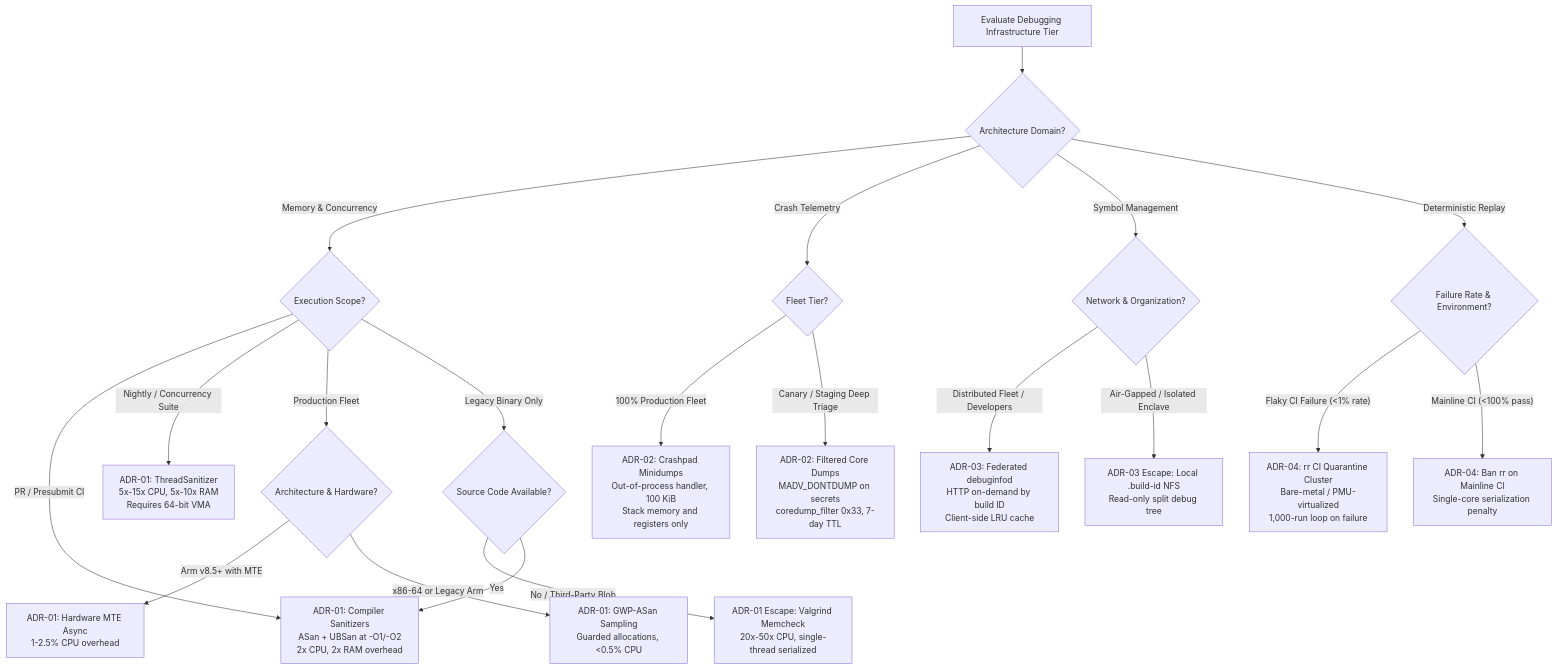
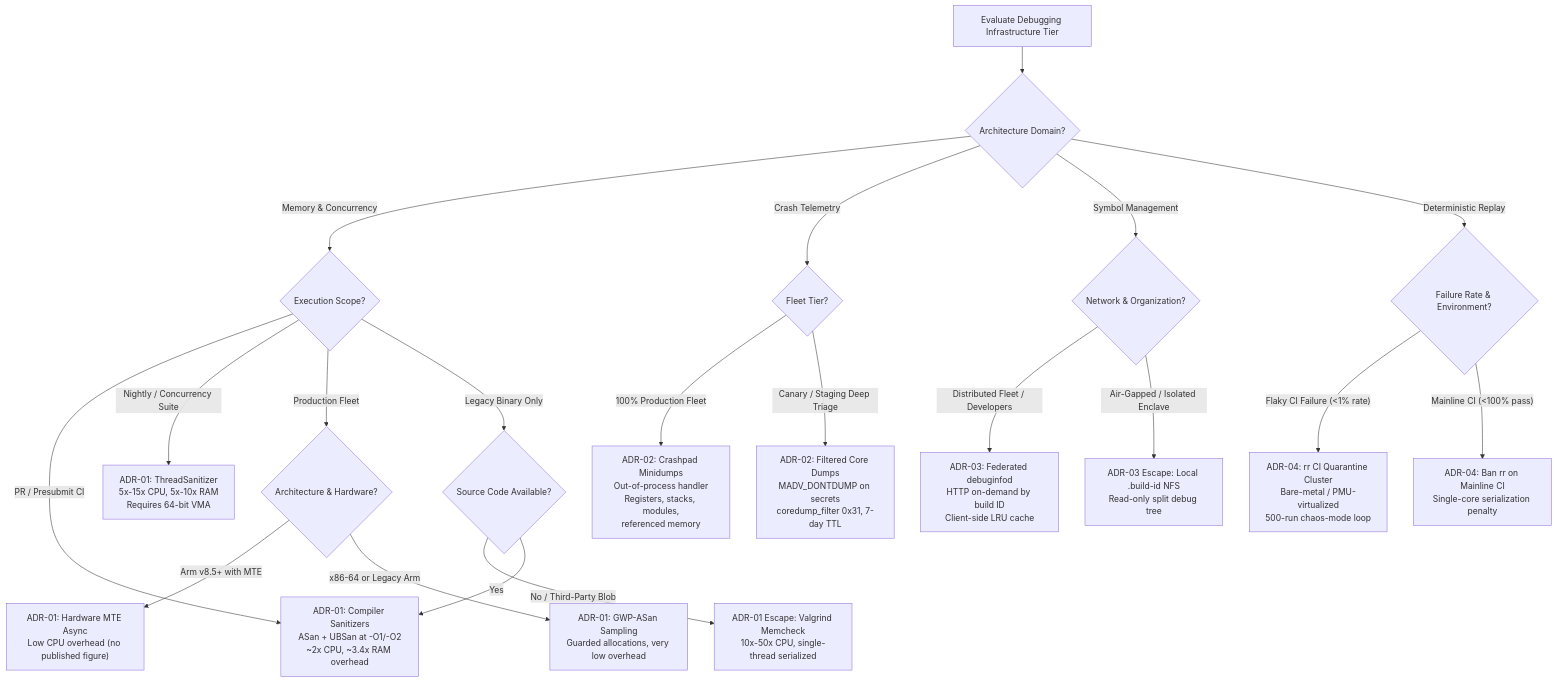
One commit to shreejitverma/The-Distinguished-Engineer changed the first of 2 diagrams in 18-Developer-Toolchain/03-Debugging/Debugging-Decision-Records.md. Above: the diagram before and after it, drawn with Mermaid. The commit also changed other lines of this file and 8 other files, not shown here.

````diff
--- a/18-Developer-Toolchain/03-Debugging/Debugging-Decision-Records.md
+++ b/18-Developer-Toolchain/03-Debugging/Debugging-Decision-Records.md
@@ -51,26 +82,26 @@
 ```mermaid
 flowchart TD
     Start["Evaluate Debugging Infrastructure Tier"] --> Category{"Architecture Domain?"}
 
     Category -->|"Memory & Concurrency"| MemScope{"Execution Scope?"}
-    MemScope -->|"PR / Presubmit CI"| ASanCheck["ADR-01: Compiler Sanitizers<br/>ASan + UBSan at -O1/-O2<br/>2x CPU, 2x RAM overhead"]
+    MemScope -->|"PR / Presubmit CI"| ASanCheck["ADR-01: Compiler Sanitizers<br/>ASan + UBSan at -O1/-O2<br/>~2x CPU, ~3.4x RAM overhead"]
     MemScope -->|"Nightly / Concurrency Suite"| TSanCheck["ADR-01: ThreadSanitizer<br/>5x-15x CPU, 5x-10x RAM<br/>Requires 64-bit VMA"]
     MemScope -->|"Production Fleet"| ProdMem{"Architecture & Hardware?"}
-    ProdMem -->|"Arm v8.5+ with MTE"| MTEAsync["ADR-01: Hardware MTE Async<br/>1-2.5% CPU overhead"]
-    ProdMem -->|"x86-64 or Legacy Arm"| GWPASan["ADR-01: GWP-ASan Sampling<br/>Guarded allocations, <0.5% CPU"]
+    ProdMem -->|"Arm v8.5+ with MTE"| MTEAsync["ADR-01: Hardware MTE Async<br/>Low CPU overhead (no published figure)"]
+    ProdMem -->|"x86-64 or Legacy Arm"| GWPASan["ADR-01: GWP-ASan Sampling<br/>Guarded allocations, very low overhead"]
     MemScope -->|"Legacy Binary Only"| ValgrindCheck{"Source Code Available?"}
-    ValgrindCheck -->|"No / Third-Party Blob"| ValgrindFallback["ADR-01 Escape: Valgrind Memcheck<br/>20x-50x CPU, single-thread serialized"]
+    ValgrindCheck -->|"No / Third-Party Blob"| ValgrindFallback["ADR-01 Escape: Valgrind Memcheck<br/>10x-50x CPU, single-thread serialized"]
     ValgrindCheck -->|"Yes"| ASanCheck
 
     Category -->|"Crash Telemetry"| CrashEnv{"Fleet Tier?"}
-    CrashEnv -->|"100% Production Fleet"| CrashpadStd["ADR-02: Crashpad Minidumps<br/>Out-of-process handler, 100 KiB<br/>Stack memory and registers only"]
-    CrashEnv -->|"Canary / Staging Deep Triage"| FullCoreOpt["ADR-02: Filtered Core Dumps<br/>MADV_DONTDUMP on secrets<br/>coredump_filter 0x33, 7-day TTL"]
+    CrashEnv -->|"100% Production Fleet"| CrashpadStd["ADR-02: Crashpad Minidumps<br/>Out-of-process handler<br/>Registers, stacks, modules,<br/>referenced memory"]
+    CrashEnv -->|"Canary / Staging Deep Triage"| FullCoreOpt["ADR-02: Filtered Core Dumps<br/>MADV_DONTDUMP on secrets<br/>coredump_filter 0x31, 7-day TTL"]
 
     Category -->|"Symbol Management"| SymEnv{"Network & Organization?"}
     SymEnv -->|"Distributed Fleet / Developers"| DebuginfodFed["ADR-03: Federated debuginfod<br/>HTTP on-demand by build ID<br/>Client-side LRU cache"]
     SymEnv -->|"Air-Gapped / Isolated Enclave"| SymStoreLocal["ADR-03 Escape: Local .build-id NFS<br/>Read-only split debug tree"]
 
     Category -->|"Deterministic Replay"| FlakyScope{"Failure Rate & Environment?"}
-    FlakyScope -->|"Flaky CI Failure (<1% rate)"| RRQuarantine["ADR-04: rr CI Quarantine Cluster<br/>Bare-metal / PMU-virtualized<br/>1,000-run loop on failure"]
+    FlakyScope -->|"Flaky CI Failure (<1% rate)"| RRQuarantine["ADR-04: rr CI Quarantine Cluster<br/>Bare-metal / PMU-virtualized<br/>500-run chaos-mode loop"]
     FlakyScope -->|"Mainline CI (<100% pass)"| NoRRMainline["ADR-04: Ban rr on Mainline CI<br/>Single-core serialization penalty"]
 ```
````
